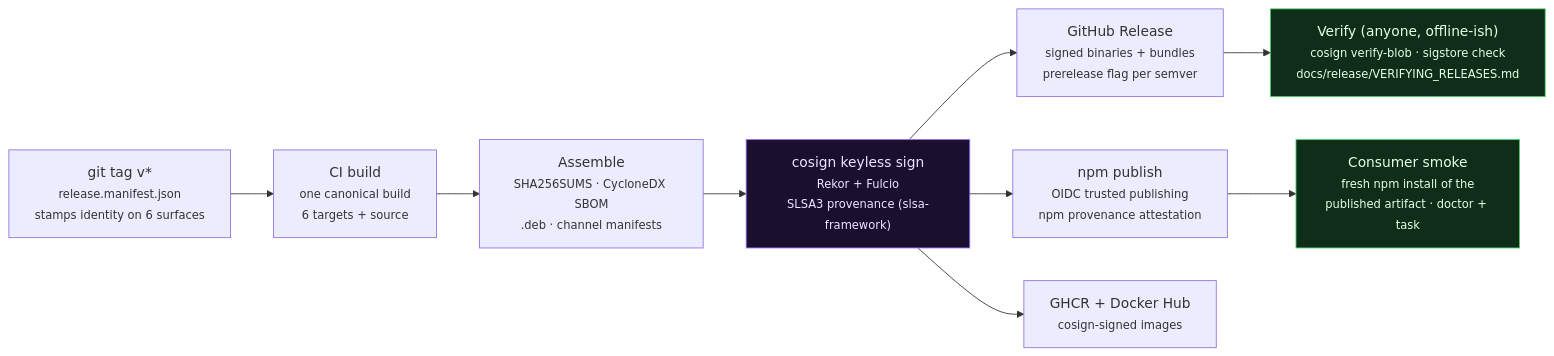
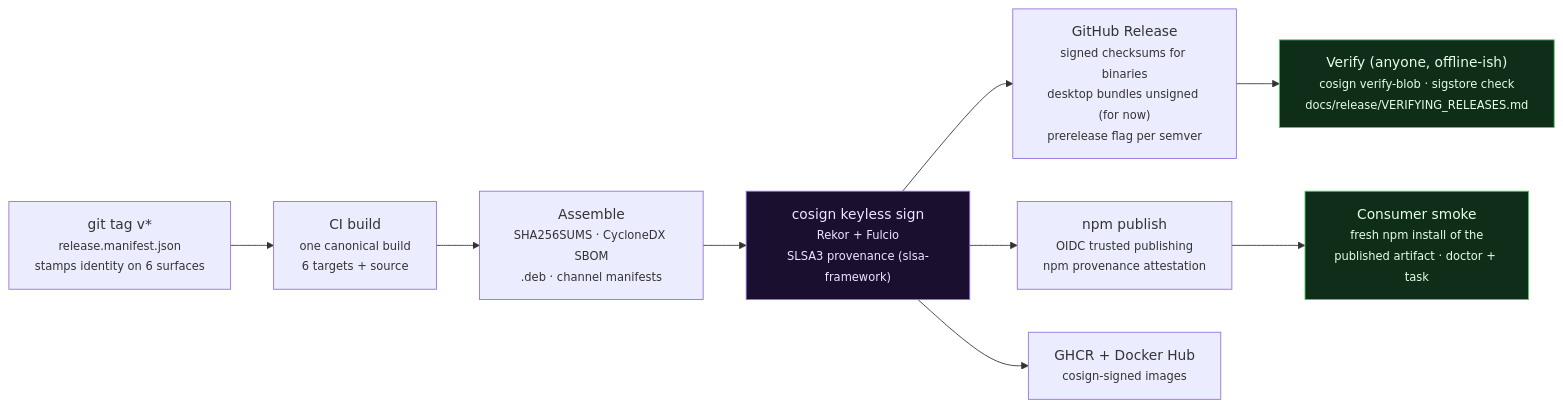
The third of 4 diagrams in README.md (ahmadrrrtx/xr), drawn with Mermaid before and after one commit. The commit also changed other lines of this file and 16 other files, not shown here.

````diff
--- a/README.md
+++ b/README.md
@@ -365,15 +367,15 @@
 ```mermaid
 flowchart LR
     T["git tag v*<br/><small>release.manifest.json<br/>stamps identity on 6 surfaces</small>"] --> B["CI build<br/><small>one canonical build<br/>6 targets + source</small>"]
     B --> A["Assemble<br/><small>SHA256SUMS · CycloneDX SBOM<br/>.deb · channel manifests</small>"]
     A --> SIG["cosign keyless sign<br/><small>Rekor + Fulcio<br/>SLSA3 provenance (slsa-framework)</small>"]
-    SIG --> GH["GitHub Release<br/><small>signed binaries + bundles<br/>prerelease flag per semver</small>"]
+    SIG --> GH["GitHub Release<br/><small>signed checksums for binaries<br/>desktop bundles unsigned (for now)<br/>prerelease flag per semver</small>"]
     SIG --> NPM["npm publish<br/><small>OIDC trusted publishing<br/>npm provenance attestation</small>"]
     SIG --> DK["GHCR + Docker Hub<br/><small>cosign-signed images</small>"]
     GH --> V["Verify (anyone, offline-ish)<br/><small>cosign verify-blob · sigstore check<br/>docs/release/VERIFYING_RELEASES.md</small>"]
     NPM --> V2["Consumer smoke<br/><small>fresh npm install of the<br/>published artifact · doctor + task</small>"]
 
     style SIG fill:#1a0f2e,stroke:#9a6bff,color:#f0e6ff
     style V fill:#0f2e1a,stroke:#51cf66,color:#e6ffe6
     style V2 fill:#0f2e1a,stroke:#51cf66,color:#e6ffe6
 ```
````
